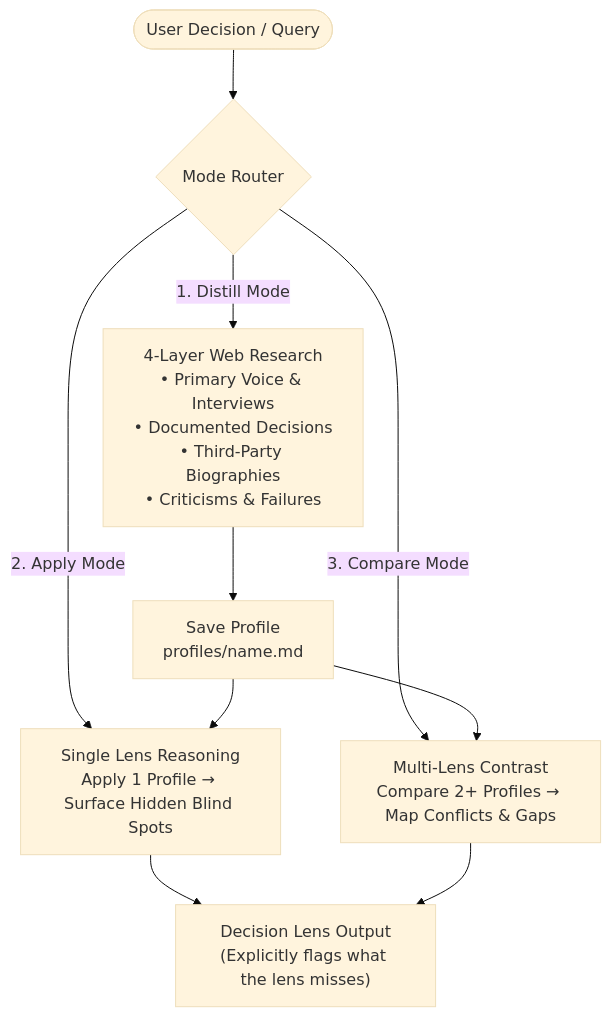
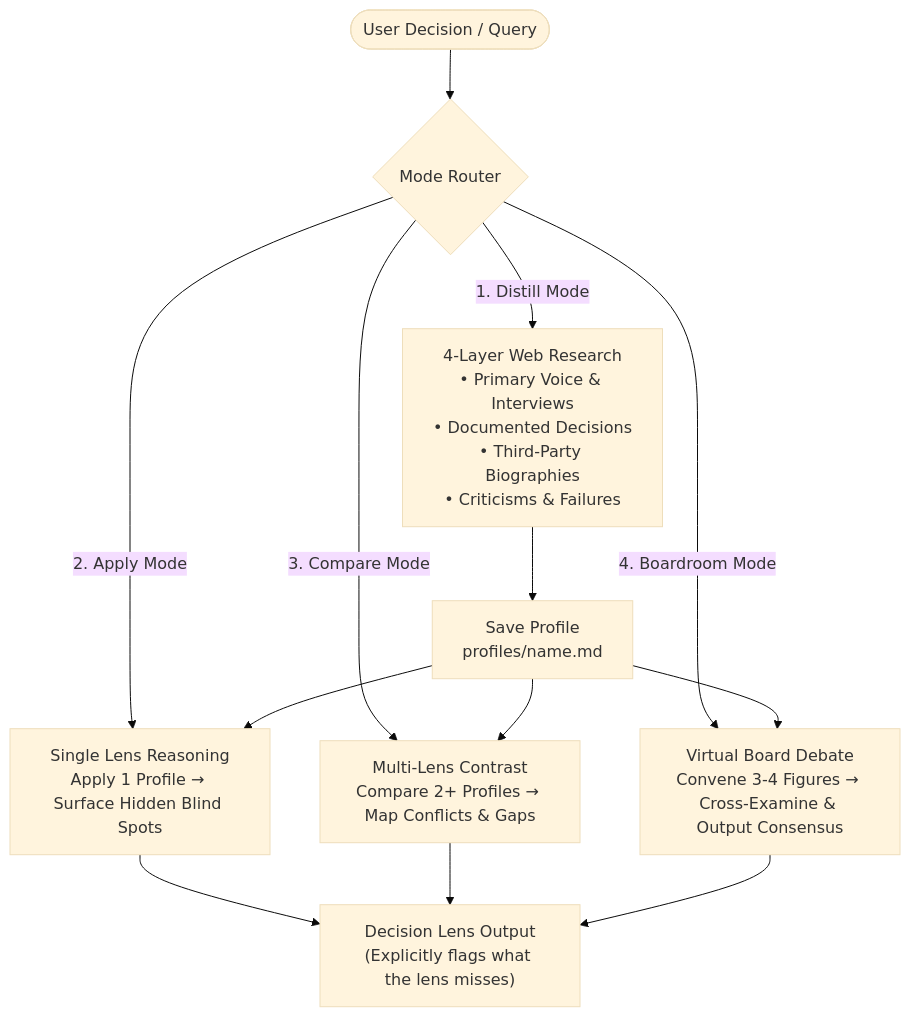
Before and after one commit to DOTfei/borrowed-brain-pro: the diagram in README.md, drawn with Mermaid (base theme). The commit also changed other lines of this file and 4 other files, not shown here.

Commit message:
feat: add Boardroom Mode for interactive 4-figure virtual board debates and cross-examination

````diff
--- a/README.md
+++ b/README.md
@@ -34,17 +34,21 @@
 ```mermaid
 flowchart TD
     User(["User Decision / Query"]) --> Router{"Mode Router"}
 
     Router -->|1. Distill Mode| Distill["4-Layer Web Research\n• Primary Voice & Interviews\n• Documented Decisions\n• Third-Party Biographies\n• Criticisms & Failures"]
     Distill --> Save["Save Profile\nprofiles/name.md"]
 
     Router -->|2. Apply Mode| Apply["Single Lens Reasoning\nApply 1 Profile → Surface Hidden Blind Spots"]
 
     Router -->|3. Compare Mode| Compare["Multi-Lens Contrast\nCompare 2+ Profiles → Map Conflicts & Gaps"]
 
+    Router -->|4. Boardroom Mode| Boardroom["Virtual Board Debate\nConvene 3-4 Figures → Cross-Examine & Output Consensus"]
+
     Save --> Apply
     Save --> Compare
+    Save --> Boardroom
 
     Apply --> Output["Decision Lens Output\n(Explicitly flags what the lens misses)"]
     Compare --> Output
+    Boardroom --> Output
 ```
````
